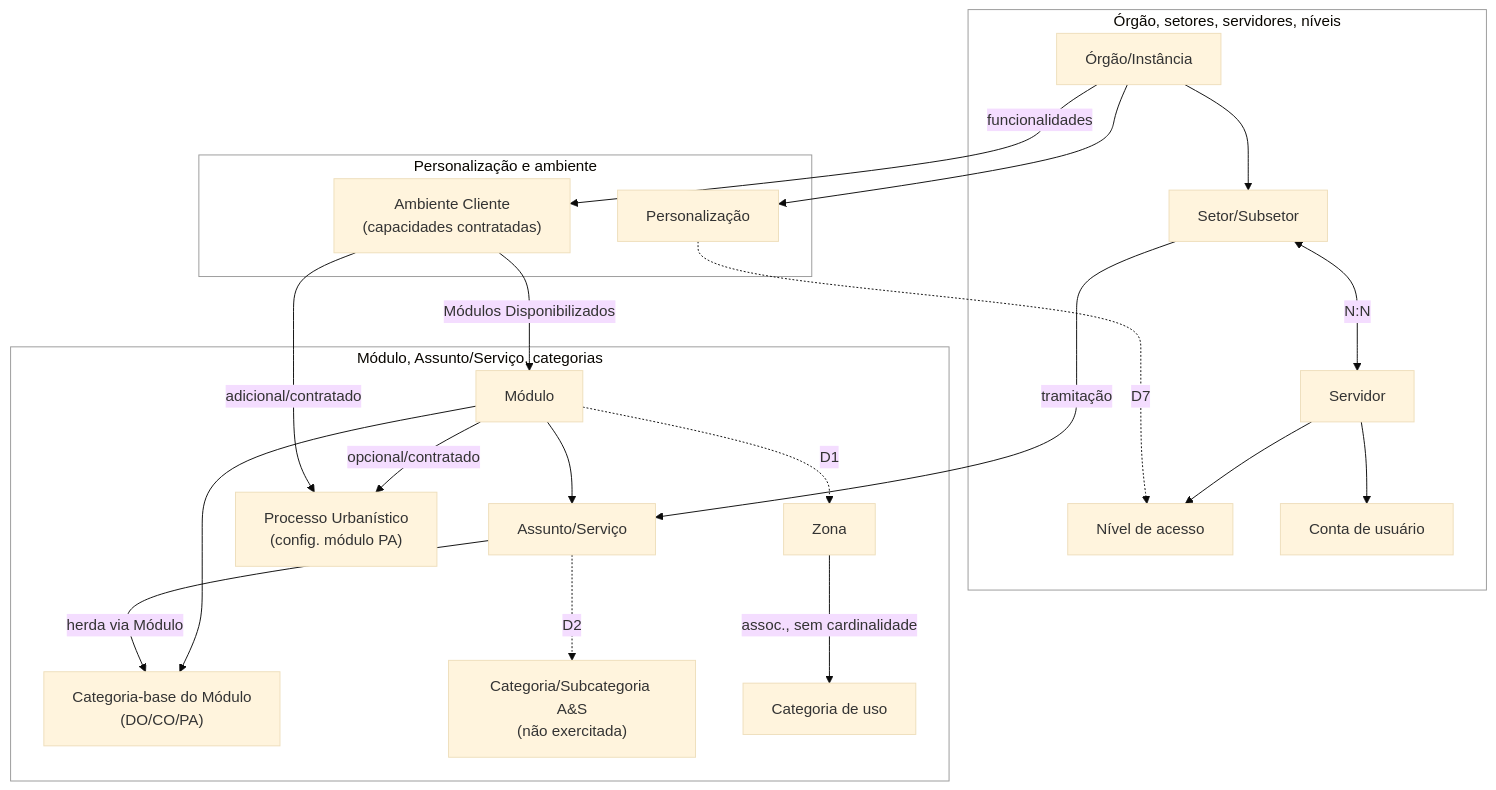
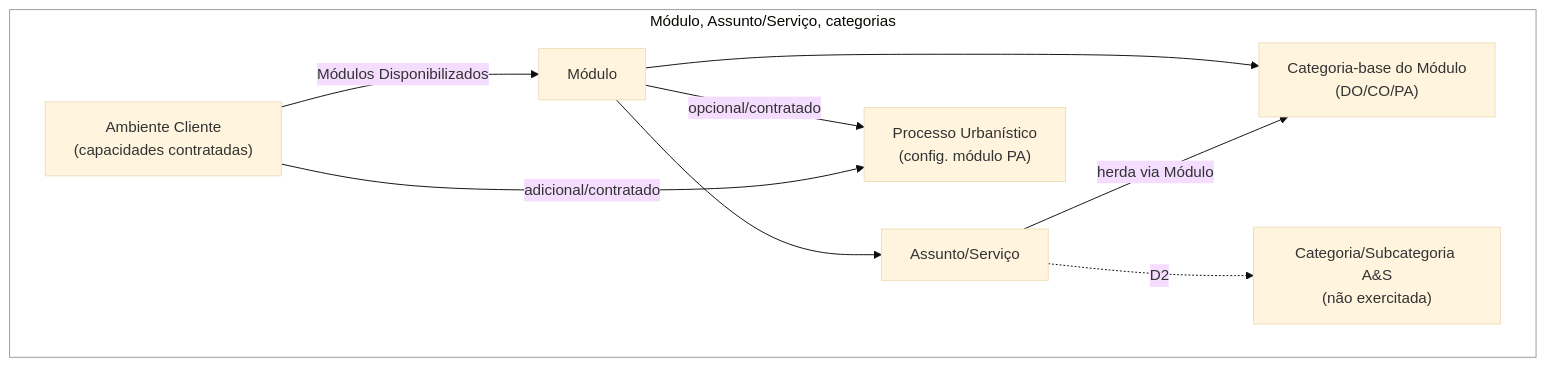
Before and after one commit to RafaCartaxo/brainwork: the second of 6 diagrams in QA Workspace/02 Demandas/DEV/SGV-11262 - [QA-Automação] Termo de Referência SOGOV/SGV-12082 - Mapeamento de atores e modelo do preset do TR/01 Modelo do preset/04 - Modelo-alvo dos dados do preset.md, drawn with Mermaid (base theme). The commit also changed other lines of this file, not shown here.

````diff
--- a/QA Workspace/02 Demandas/DEV/SGV-11262 - [QA-Automação] Termo de Referência SOGOV/SGV-12082 - Mapeamento de atores e modelo do preset do TR/01 Modelo do preset/04 - Modelo-alvo dos dados do preset.md
+++ b/QA Workspace/02 Demandas/DEV/SGV-11262 - [QA-Automação] Termo de Referência SOGOV/SGV-12082 - Mapeamento de atores e modelo do preset do TR/01 Modelo do preset/04 - Modelo-alvo dos dados do preset.md
@@ -47,48 +72,21 @@
 ```mermaid
 flowchart TB
-    subgraph C1["Órgão, setores, servidores, níveis"]
-        Orgao["Órgão/Instância"]
-        Setor["Setor/Subsetor"]
-        Servidor["Servidor"]
-        Nivel["Nível de acesso"]
-        Conta["Conta de usuário"]
-    end
-
     subgraph C2["Módulo, Assunto/Serviço, categorias"]
         Modulo["Módulo"]
         AssuntoServico["Assunto/Serviço"]
         CategoriaModulo["Categoria-base do Módulo<br/>(DO/CO/PA)"]
         CategoriaAS["Categoria/Subcategoria A&S<br/>(não exercitada)"]
         ProcessoUrb["Processo Urbanístico<br/>(config. módulo PA)"]
-        Zona["Zona"]
-        CategoriaUso["Categoria de uso"]
-    end
-
-    subgraph C6["Personalização e ambiente"]
-        Personalizacao["Personalização"]
         AmbienteCliente["Ambiente Cliente<br/>(capacidades contratadas)"]
     end
-
-    Orgao --> Setor
-    Setor <-->|"N:N"| Servidor
-    Servidor --> Nivel
-    Servidor --> Conta
-    Orgao --> Personalizacao
-    Orgao -->|"funcionalidades"| AmbienteCliente
 
     Modulo --> AssuntoServico
     Modulo --> CategoriaModulo
     AssuntoServico -->|"herda via Módulo"| CategoriaModulo
     AssuntoServico -.->|"D2"| CategoriaAS
-    Setor -->|"tramitação"| AssuntoServico
     Modulo -->|"opcional/contratado"| ProcessoUrb
-    Modulo -.->|"D1"| Zona
-    Zona -->|"assoc., sem cardinalidade"| CategoriaUso
     AmbienteCliente -->|"Módulos Disponibilizados"| Modulo
     AmbienteCliente -->|"adicional/contratado"| ProcessoUrb
-    Personalizacao -.->|"D7"| Nivel
 
-    style C1 fill:none,stroke:#999999,stroke-width:1px
     style C2 fill:none,stroke:#999999,stroke-width:1px
-    style C6 fill:none,stroke:#999999,stroke-width:1px
 ```
````
